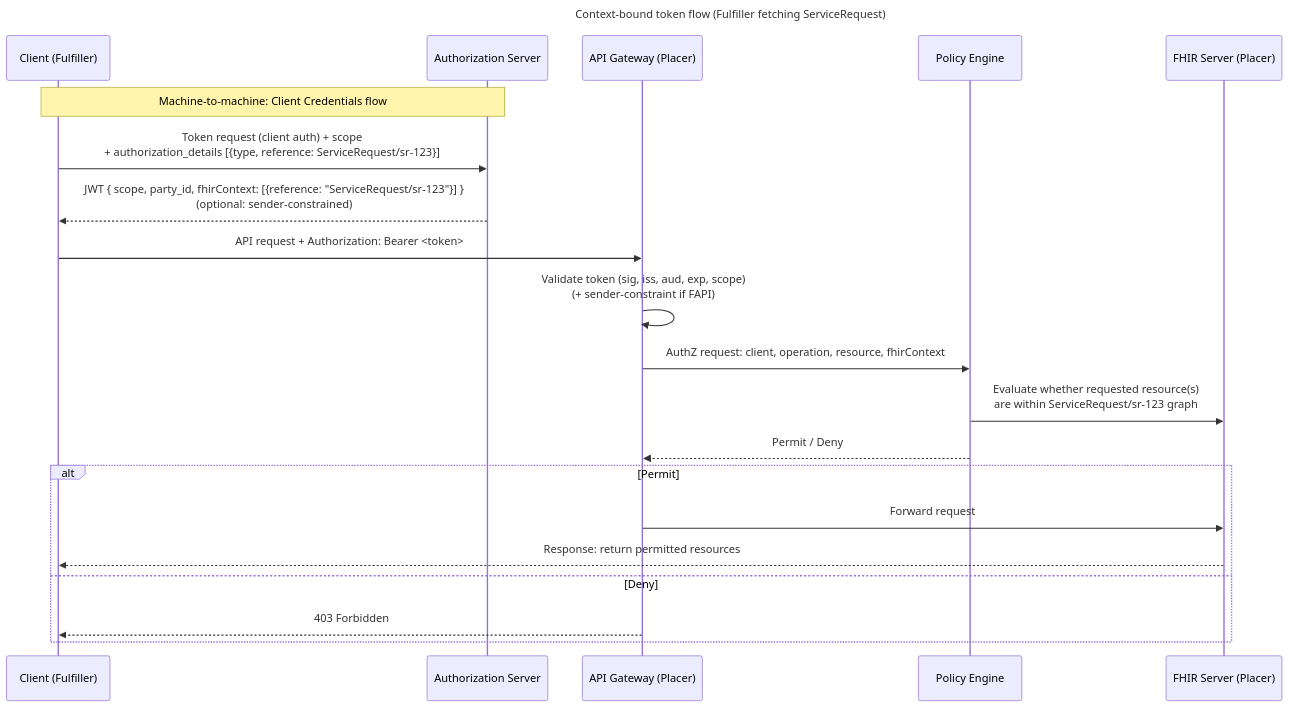
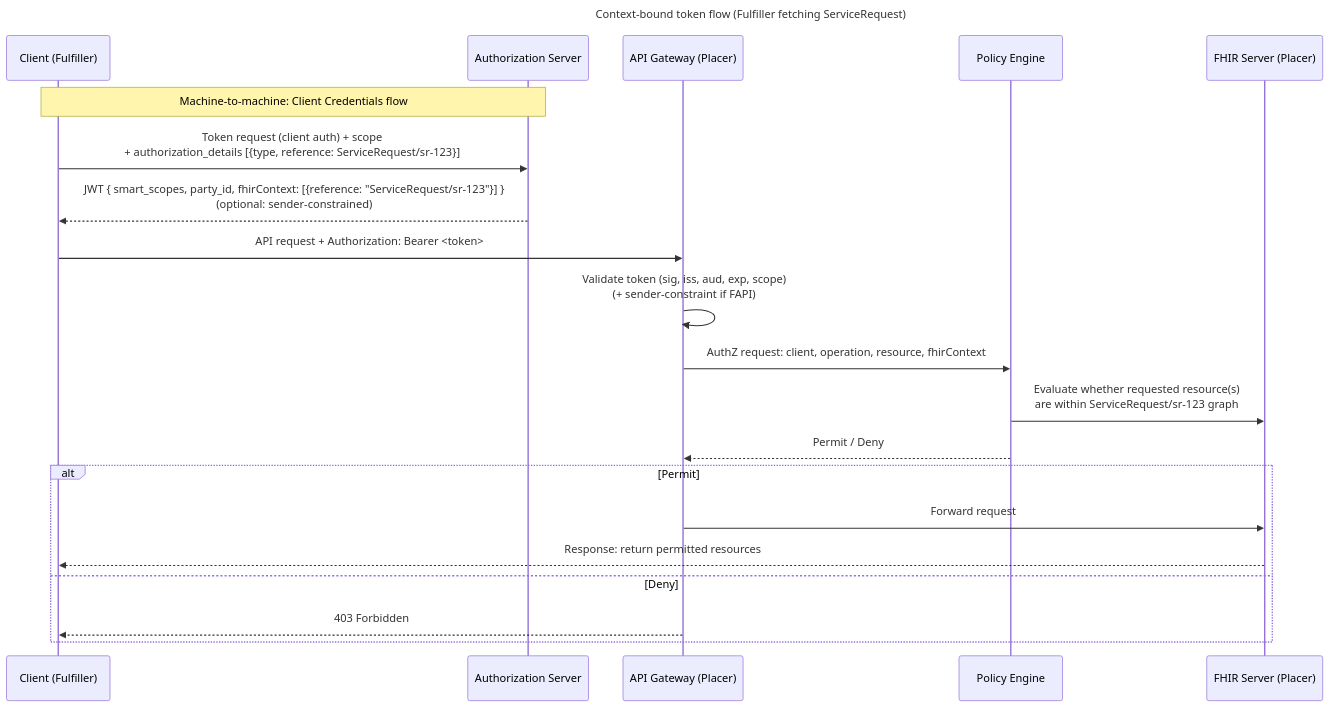
Before and after one commit to umzhconnect/umzhconnect-ig: the second of 3 diagrams in input/pagecontent/security.md, drawn with Mermaid. The commit also changed other lines of this file, not shown here.

````diff
--- a/input/pagecontent/security.md
+++ b/input/pagecontent/security.md
@@ -141,26 +134,26 @@
 ```mermaid
 sequenceDiagram
   title Context-bound token flow (Fulfiller fetching ServiceRequest)
 
   participant C as Client (Fulfiller)
   participant AS as Authorization Server
   participant AG as API Gateway (Placer)
   participant PE as Policy Engine
   participant FHIR as FHIR Server (Placer)
 
   Note over C,AS: Machine-to-machine: Client Credentials flow
   C->>AS: Token request (client auth) + scope<br/>+ authorization_details [{type, reference: ServiceRequest/sr-123}]
-  AS-->>C: JWT { scope, party_id, fhirContext: [{reference: "ServiceRequest/sr-123"}] }<br/>(optional: sender-constrained)
+  AS-->>C: JWT { smart_scopes, party_id, fhirContext: [{reference: "ServiceRequest/sr-123"}] }<br/>(optional: sender-constrained)
 
   C->>AG: API request + Authorization: Bearer <token>
   AG->>AG: Validate token (sig, iss, aud, exp, scope)<br/>(+ sender-constraint if FAPI)
   AG->>PE: AuthZ request: client, operation, resource, fhirContext
   PE->>FHIR: Evaluate whether requested resource(s)<br/>are within ServiceRequest/sr-123 graph
   PE-->>AG: Permit / Deny
   alt Permit
     AG->>FHIR: Forward request
     FHIR-->>C: Response: return permitted resources
   else Deny
     AG-->>C: 403 Forbidden
   end
 ```
````
